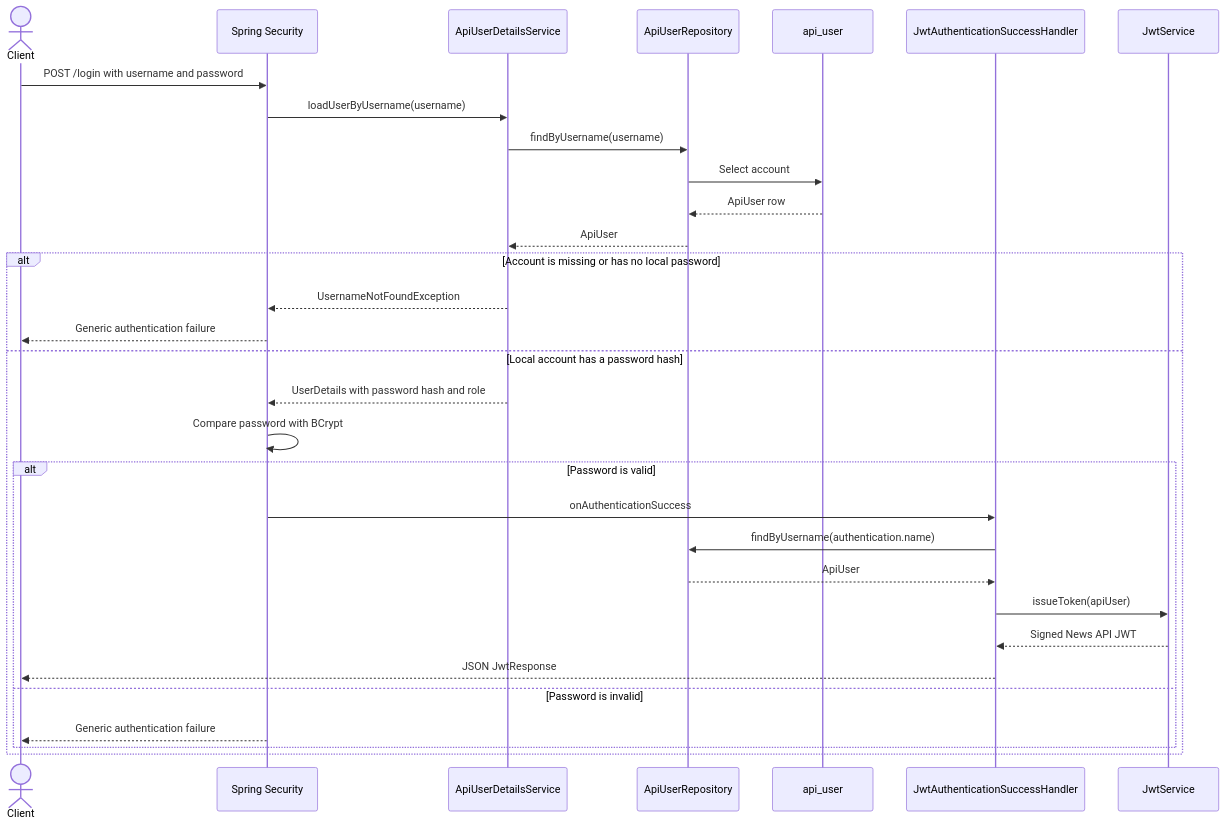
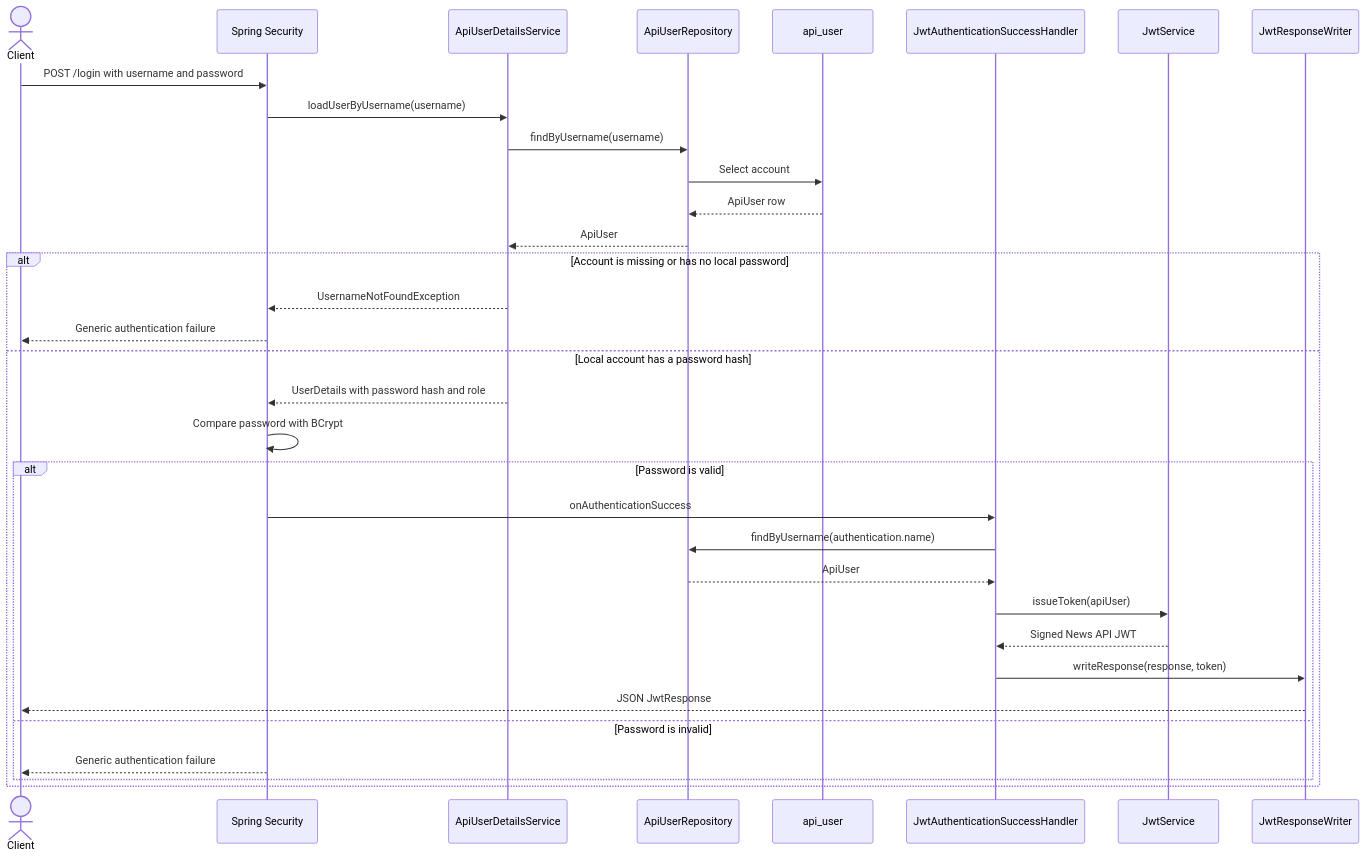
Before and after one commit to predat-r/news-api: the second of 8 diagrams in docs/authentication-flow.md, drawn with Mermaid. The commit also changed other lines of this file and 4 other files, not shown here.

Commit message:
refactor(auth): centralize JWT response writing

````diff
--- a/docs/authentication-flow.md
+++ b/docs/authentication-flow.md
@@ -139,34 +144,36 @@
 ```mermaid
 sequenceDiagram
     actor Client
     participant Security as Spring Security
     participant UserLoader as ApiUserDetailsService
     participant UserRepo as ApiUserRepository
     participant UserDB as api_user
     participant Handler as JwtAuthenticationSuccessHandler
     participant JWT as JwtService
+    participant Writer as JwtResponseWriter
 
     Client->>Security: POST /login with username and password
     Security->>UserLoader: loadUserByUsername(username)
     UserLoader->>UserRepo: findByUsername(username)
     UserRepo->>UserDB: Select account
     UserDB-->>UserRepo: ApiUser row
     UserRepo-->>UserLoader: ApiUser
     alt Account is missing or has no local password
         UserLoader-->>Security: UsernameNotFoundException
         Security-->>Client: Generic authentication failure
     else Local account has a password hash
         UserLoader-->>Security: UserDetails with password hash and role
         Security->>Security: Compare password with BCrypt
         alt Password is valid
             Security->>Handler: onAuthenticationSuccess
             Handler->>UserRepo: findByUsername(authentication.name)
             UserRepo-->>Handler: ApiUser
             Handler->>JWT: issueToken(apiUser)
             JWT-->>Handler: Signed News API JWT
-            Handler-->>Client: JSON JwtResponse
+            Handler->>Writer: writeResponse(response, token)
+            Writer-->>Client: JSON JwtResponse
         else Password is invalid
             Security-->>Client: Generic authentication failure
         end
     end
 ```
````
